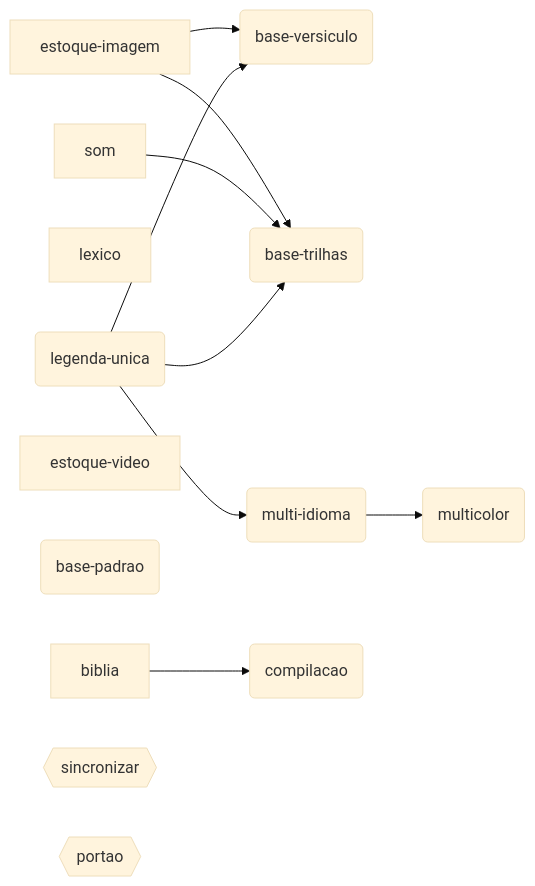
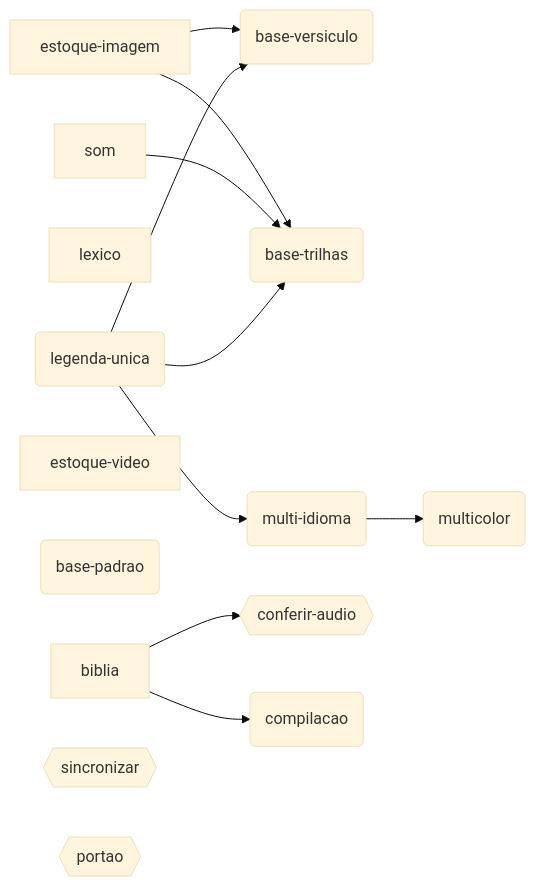
Before and after one commit to alanabdmorais/narrated_video: the diagram in pipeline/JORNADAS.md, drawn with Mermaid (base theme). The commit also changed other lines of this file and 3 other files, not shown here.

````diff
--- a/pipeline/JORNADAS.md
+++ b/pipeline/JORNADAS.md
@@ -42,25 +42,27 @@
 ```mermaid
 flowchart LR
   biblia["biblia"]
   som["som"]
   lexico["lexico"]
   estoque_imagem["estoque-imagem"]
   estoque_video["estoque-video"]
   base_padrao("base-padrao")
   base_versiculo("base-versiculo")
   base_trilhas("base-trilhas")
   legenda_unica("legenda-unica")
   multi_idioma("multi-idioma")
   multicolor("multicolor")
   sincronizar{{"sincronizar"}}
+  conferir_audio{{"conferir-audio"}}
   portao{{"portao"}}
   compilacao("compilacao")
   estoque_imagem --> base_versiculo
   legenda_unica --> base_versiculo
   estoque_imagem --> base_trilhas
   som --> base_trilhas
   legenda_unica --> base_trilhas
   legenda_unica --> multi_idioma
   multi_idioma --> multicolor
+  biblia --> conferir_audio
   biblia --> compilacao
 ```
````
